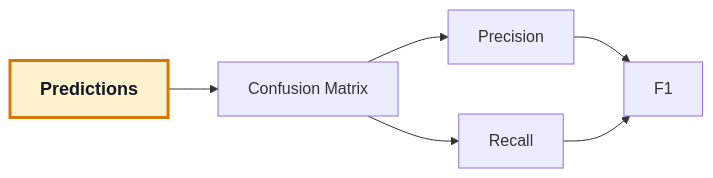
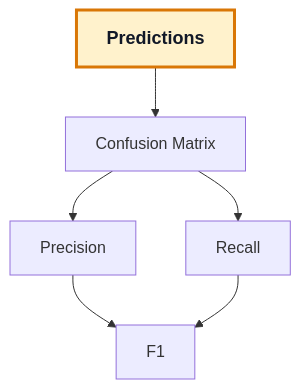
Diagram 25 of 26 in AI-Engineer-Interview-Questions-2026.md (azam123/awesome-ai-engineer), drawn with Mermaid before and after one commit. The commit also changed other lines of this file, not shown here.

Commit message:
docs: use vertical Mermaid layouts consistently

````diff
--- a/AI-Engineer-Interview-Questions-2026.md
+++ b/AI-Engineer-Interview-Questions-2026.md
@@ -1527,12 +1527,12 @@
 ```mermaid
-flowchart LR
+flowchart TD
 A[Predictions] --> B[Confusion Matrix]
 B --> C[Precision]
 B --> D[Recall]
 C --> E[F1]
 D --> E
 class A yellow
 classDef yellow fill:#FFF2CC,stroke:#D97706,stroke-width:3px,color:#111827,font-size:18px,font-weight:bold;
 classDef blue fill:#DDEBF7,stroke:#2563EB,stroke-width:3px,color:#111827,font-size:18px,font-weight:bold;
 classDef green fill:#E2F0D9,stroke:#15803D,stroke-width:3px,color:#111827,font-size:18px,font-weight:bold;
 ```
````
